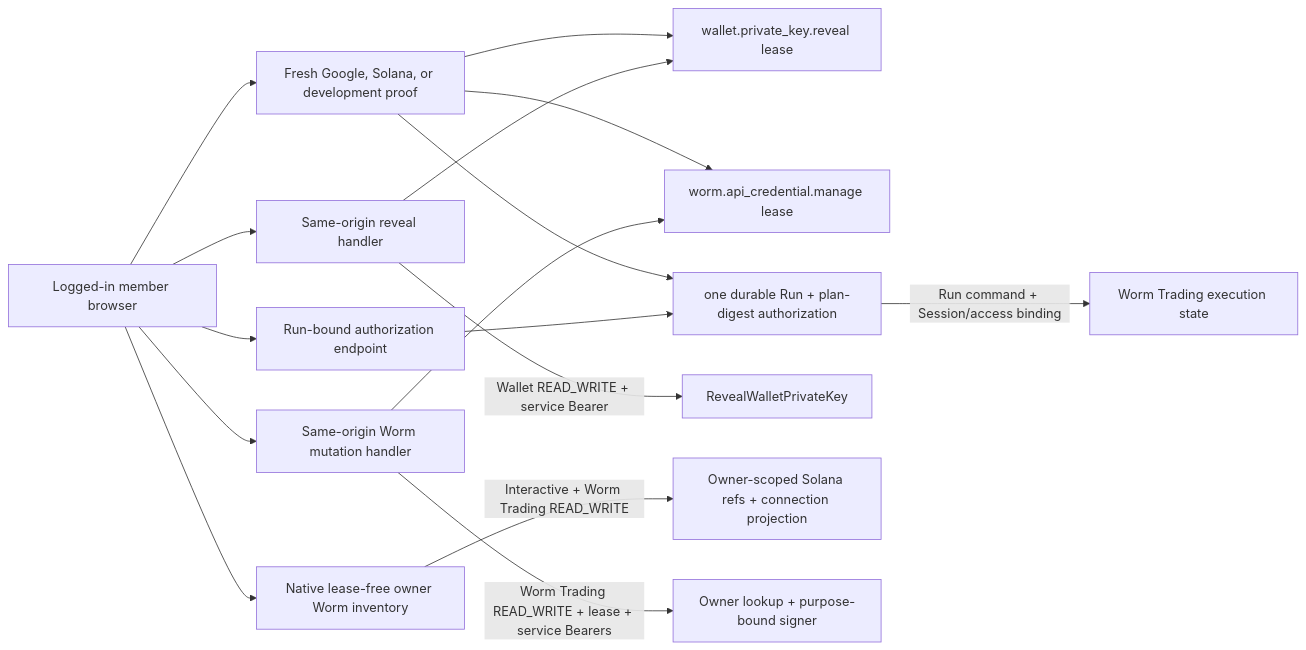
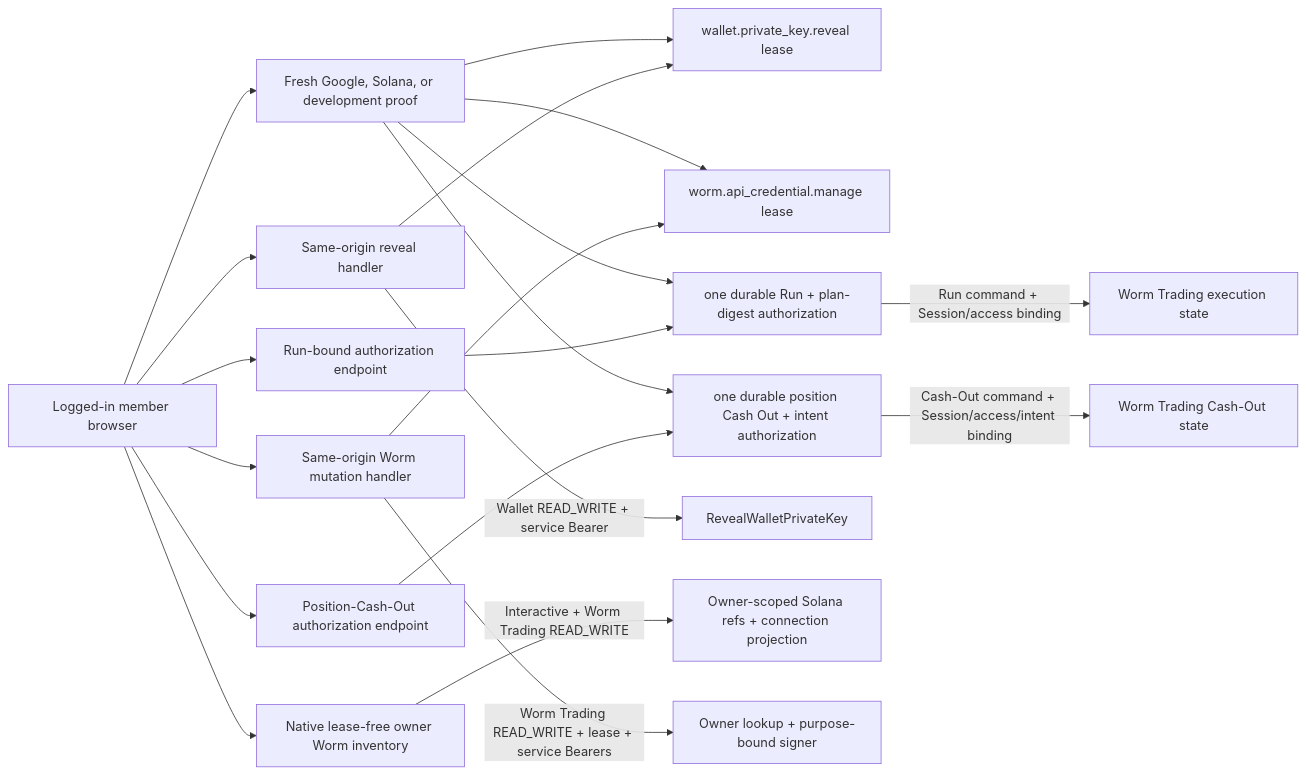
Before and after one commit to useryege/athena-o: the diagram in docs/design/identity-access/wallet-secret-reauthentication.md, drawn with Mermaid. The commit also changed other lines of this file and 42 other files, not shown here.

````diff
--- a/docs/design/identity-access/wallet-secret-reauthentication.md
+++ b/docs/design/identity-access/wallet-secret-reauthentication.md
@@ -49,18 +57,22 @@
 ```mermaid
 flowchart LR
     B["Logged-in member browser"] --> P["Fresh Google, Solana, or development proof"]
     P --> R1["wallet.private_key.reveal lease"]
     P --> R2["worm.api_credential.manage lease"]
     P --> R3["one durable Run + plan-digest authorization"]
+    P --> R4["one durable position Cash Out + intent authorization"]
     B --> H1["Same-origin reveal handler"]
     B --> I["Native lease-free owner Worm inventory"]
     B --> H2["Same-origin Worm mutation handler"]
     H1 --> R1
     H2 --> R2
     B --> H3["Run-bound authorization endpoint"]
     H3 --> R3
+    B --> H4["Position-Cash-Out authorization endpoint"]
+    H4 --> R4
     H1 -->|"Wallet READ_WRITE + service Bearer"| W1["RevealWalletPrivateKey"]
     I -->|"Interactive + Worm Trading READ_WRITE"| W2["Owner-scoped Solana refs + connection projection"]
     H2 -->|"Worm Trading READ_WRITE + lease + service Bearers"| W3["Owner lookup + purpose-bound signer"]
     R3 -->|"Run command + Session/access binding"| E["Worm Trading execution state"]
+    R4 -->|"Cash-Out command + Session/access/intent binding"| C["Worm Trading Cash-Out state"]
 ```
````
